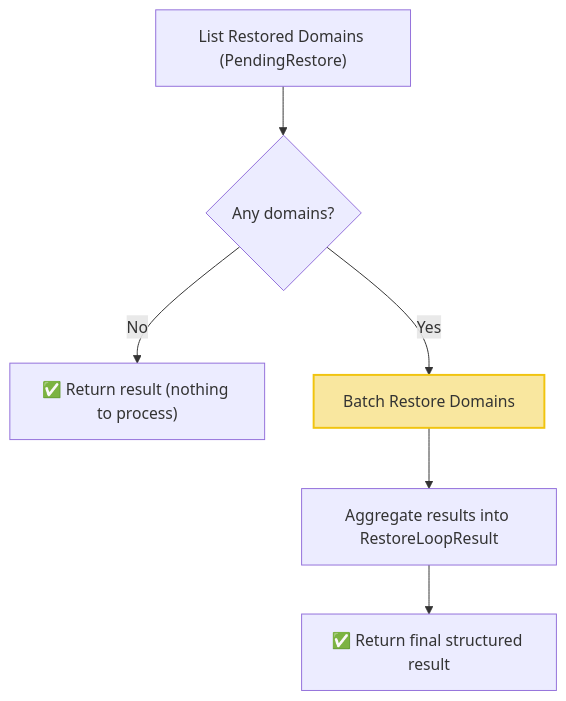
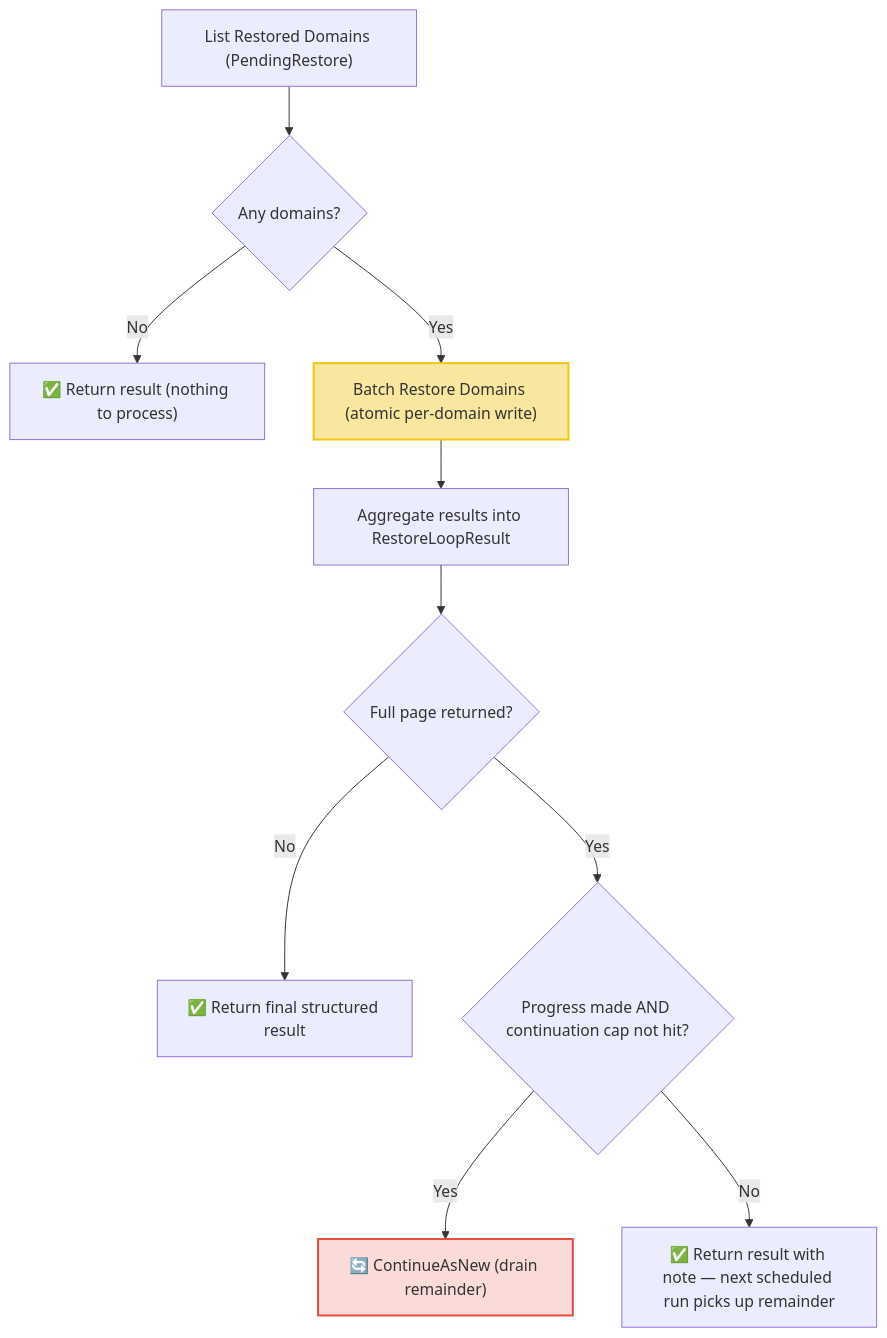
One commit to onasunnymorning/domain-os changed the diagram in internal/application/workflows/restoreWorkflow.doc.md. Above: the diagram before and after it, drawn with Mermaid. The commit also changed other lines of this file and 36 other files, not shown here.

Commit message:
refactor: enforce batch process idempotency by treating missing domains and redundant state transitions as skipped operations instead of errors.

````diff
--- a/internal/application/workflows/restoreWorkflow.doc.md
+++ b/internal/application/workflows/restoreWorkflow.doc.md
@@ -19,10 +25,15 @@
 ```mermaid
 graph TD
     A["List Restored Domains (PendingRestore)"] --> B{"Any domains?"}
     B -- No --> DONE1["✅ Return result (nothing to process)"]
-    B -- Yes --> C["Batch Restore Domains"]
+    B -- Yes --> C["Batch Restore Domains (atomic per-domain write)"]
     C --> D["Aggregate results into RestoreLoopResult"]
-    D --> DONE2["✅ Return final structured result"]
+    D --> E{"Full page returned?"}
+    E -- No --> DONE2["✅ Return final structured result"]
+    E -- Yes --> F{"Progress made AND continuation cap not hit?"}
+    F -- Yes --> G["🔄 ContinueAsNew (drain remainder)"]
+    F -- No --> DONE3["✅ Return result with note — next scheduled run picks up remainder"]
 
     style C fill:#f9e79f,stroke:#f1c40f,stroke-width:2px
+    style G fill:#fadbd8,stroke:#e74c3c,stroke-width:2px
 ```
````
